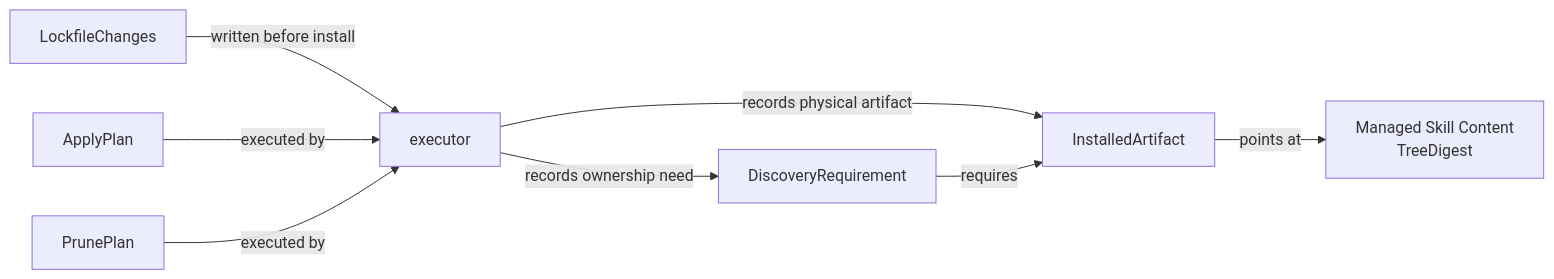
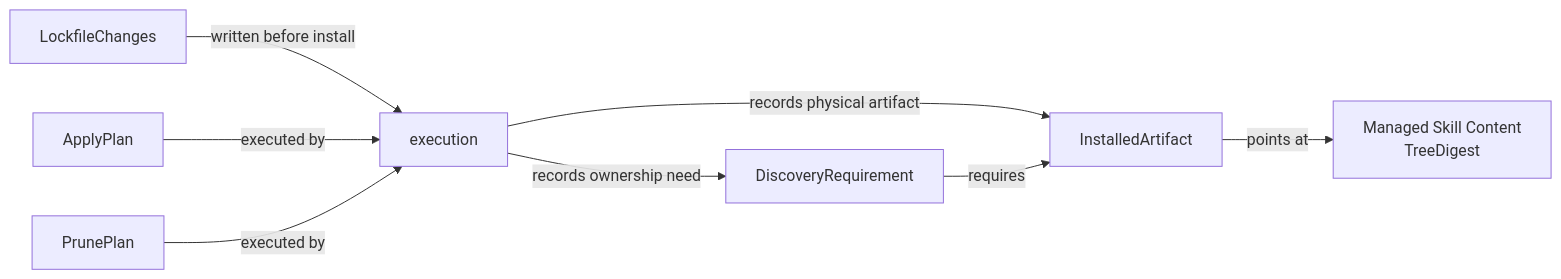
One commit to big-sw-little-sw/agentcfg changed the fifth of 6 diagrams in docs/design-v1.md. Above: the diagram before and after it, drawn with Mermaid. The commit also changed other lines of this file and 53 other files, not shown here.

````diff
--- a/docs/design-v1.md
+++ b/docs/design-v1.md
@@ -251,10 +370,10 @@
 ```mermaid
 flowchart LR
-    LockChanges["LockfileChanges"] -- "written before install" --> Executor["executor"]
-    ApplyPlan["ApplyPlan"] -- "executed by" --> Executor
-    PrunePlan["PrunePlan"] -- "executed by" --> Executor
-    Executor -- "records physical artifact" --> Installed["InstalledArtifact"]
-    Executor -- "records ownership need" --> Requirement["DiscoveryRequirement"]
+    LockChanges["LockfileChanges"] -- "written before install" --> Execution["execution"]
+    ApplyPlan["ApplyPlan"] -- "executed by" --> Execution
+    PrunePlan["PrunePlan"] -- "executed by" --> Execution
+    Execution -- "records physical artifact" --> Installed["InstalledArtifact"]
+    Execution -- "records ownership need" --> Requirement["DiscoveryRequirement"]
     Installed -- "points at" --> Content["Managed Skill Content\nTreeDigest"]
     Requirement -- "requires" --> Installed
 ```
````
